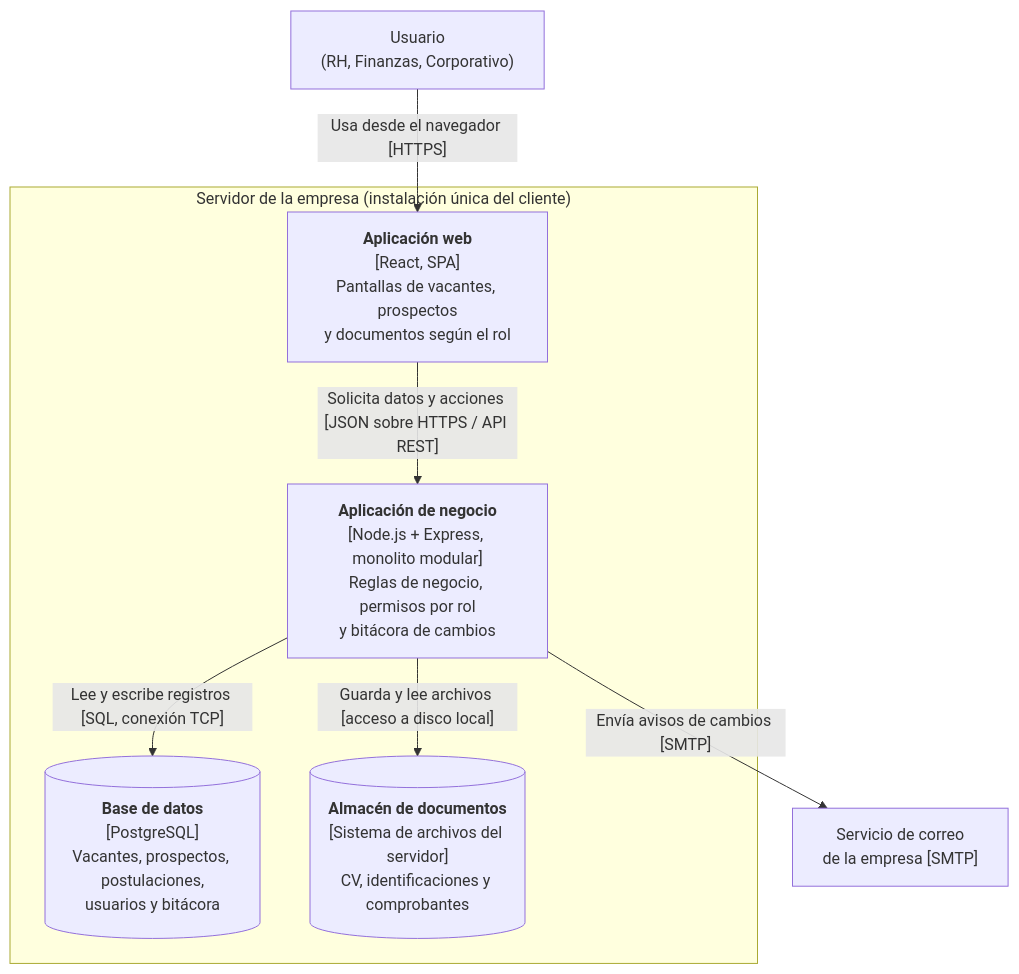
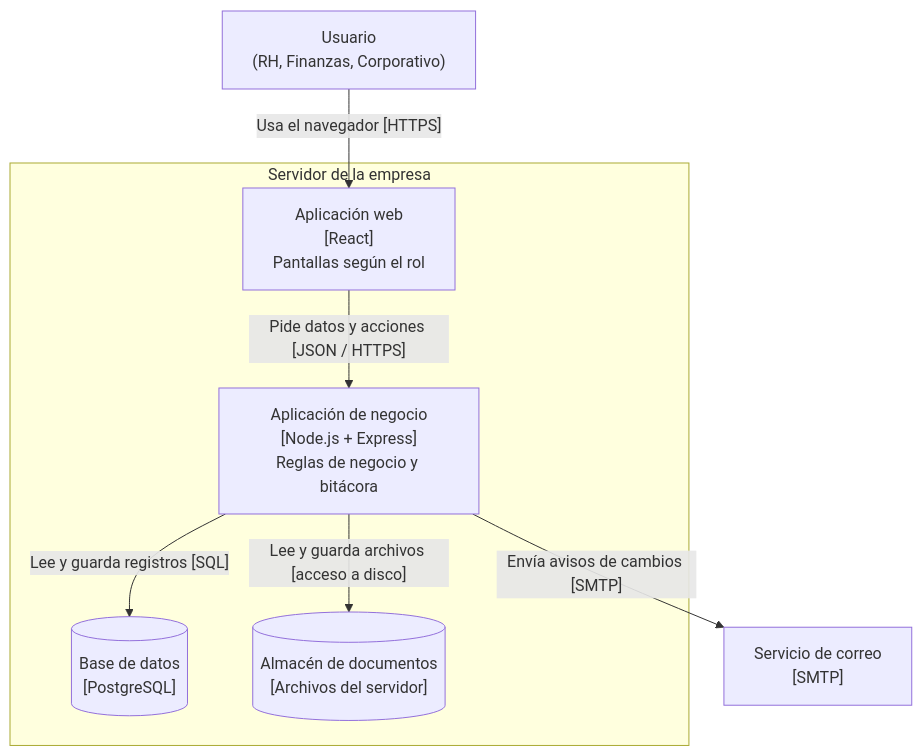
One commit to EliasGC06/Mi-proyecto-ing.software changed the second of 3 diagrams in docs/arch/Diagramas del Sistema de Vacantes y Prospectos de RH.md. Above: the diagram before and after it, drawn with Mermaid. The commit also changed other lines of this file, not shown here.

Commit message:
Update system diagrams for clarity and accuracy

````diff
--- a/docs/arch/Diagramas del Sistema de Vacantes y Prospectos de RH.md
+++ b/docs/arch/Diagramas del Sistema de Vacantes y Prospectos de RH.md
@@ -28,19 +27,19 @@
 ```mermaid
 flowchart TB
-    usuario[" Usuario<br/>(RH, Finanzas, Corporativo)"]
-
-    subgraph servidor["Servidor de la empresa (instalación única del cliente)"]
-        spa["<b>Aplicación web</b><br/>[React, SPA]<br/>Pantallas de vacantes, prospectos<br/>y documentos según el rol"]
-        api["<b>Aplicación de negocio</b><br/>[Node.js + Express, monolito modular]<br/>Reglas de negocio, permisos por rol<br/>y bitácora de cambios"]
-        bd[("<b>Base de datos</b><br/>[PostgreSQL]<br/>Vacantes, prospectos, postulaciones,<br/>usuarios y bitácora")]
-        archivos[("<b>Almacén de documentos</b><br/>[Sistema de archivos del servidor]<br/>CV, identificaciones y comprobantes")]
+    usuario["Usuario<br/>(RH, Finanzas, Corporativo)"]
+ 
+    subgraph servidor["Servidor de la empresa"]
+        spa["Aplicación web<br/>[React]<br/>Pantallas según el rol"]
+        api["Aplicación de negocio<br/>[Node.js + Express]<br/>Reglas de negocio y bitácora"]
+        bd[("Base de datos<br/>[PostgreSQL]")]
+        archivos[("Almacén de documentos<br/>[Archivos del servidor]")]
     end
-
-    correo[" Servicio de correo<br/>de la empresa [SMTP]"]
-
-    usuario -->|"Usa desde el navegador [HTTPS]"| spa
-    spa -->|"Solicita datos y acciones [JSON sobre HTTPS / API REST]"| api
-    api -->|"Lee y escribe registros [SQL, conexión TCP]"| bd
-    api -->|"Guarda y lee archivos [acceso a disco local]"| archivos
+ 
+    correo["Servicio de correo<br/>[SMTP]"]
+ 
+    usuario -->|"Usa el navegador [HTTPS]"| spa
+    spa -->|"Pide datos y acciones [JSON / HTTPS]"| api
+    api -->|"Lee y guarda registros [SQL]"| bd
+    api -->|"Lee y guarda archivos [acceso a disco]"| archivos
     api -->|"Envía avisos de cambios [SMTP]"| correo
 ```
````
